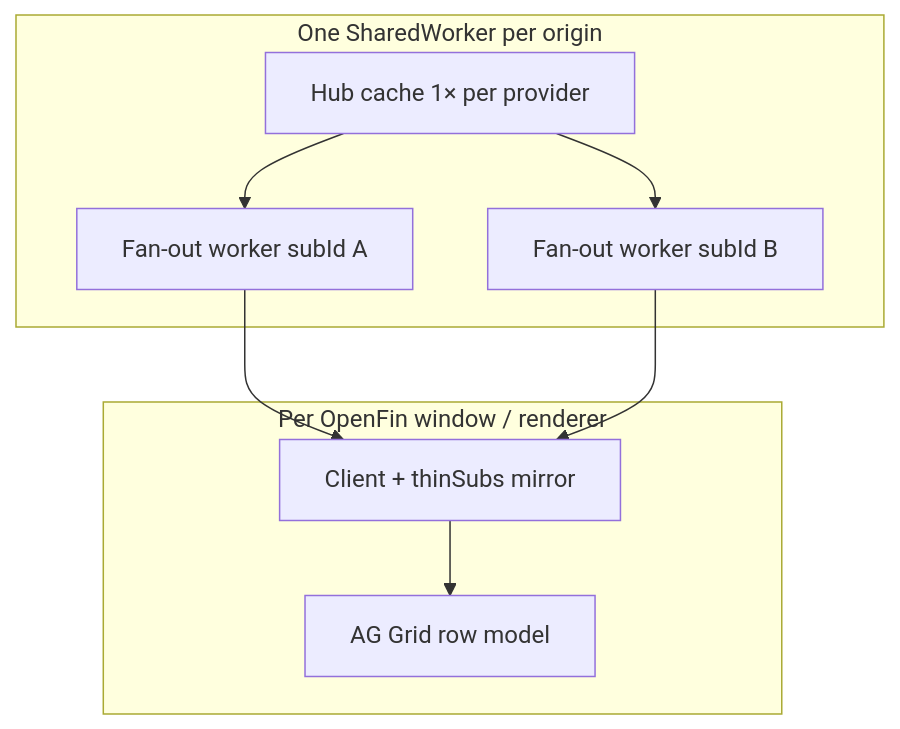
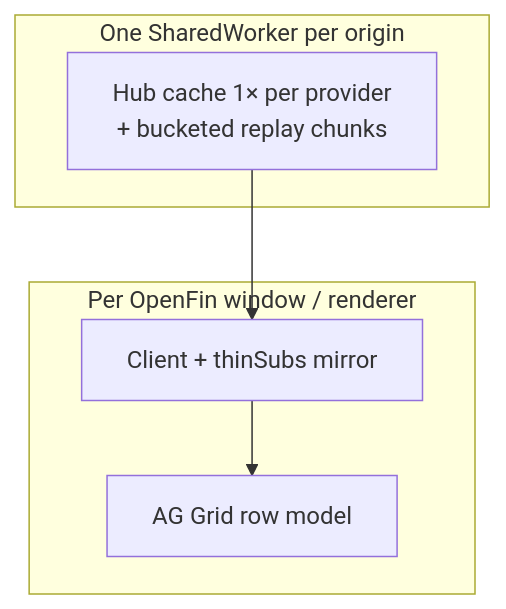
Before and after one commit to widgetstools/sternui: the diagram in docs/MEMORY_LEAK_AUDIT.md, drawn with Mermaid. The commit also changed other lines of this file and 24 other files, not shown here.

First line of the commit message:
perf(host-data): remove fan-out worker pool; bucketed replay; O(1) hub paths

````diff
--- a/docs/MEMORY_LEAK_AUDIT.md
+++ b/docs/MEMORY_LEAK_AUDIT.md
@@ -31,15 +31,12 @@
 ```mermaid
 flowchart TB
     subgraph per_origin [One SharedWorker per origin]
-        HUB[Hub cache 1× per provider]
-        FO1[Fan-out worker subId A]
-        FO2[Fan-out worker subId B]
+        HUB[Hub cache 1× per provider<br/>+ bucketed replay chunks]
     end
     subgraph per_window [Per OpenFin window / renderer]
         CLIENT[Client + thinSubs mirror]
         GRID[AG Grid row model]
     end
-    HUB --> FO1 --> CLIENT
-    HUB --> FO2 --> CLIENT
+    HUB --> CLIENT
     CLIENT --> GRID
 ```
````
